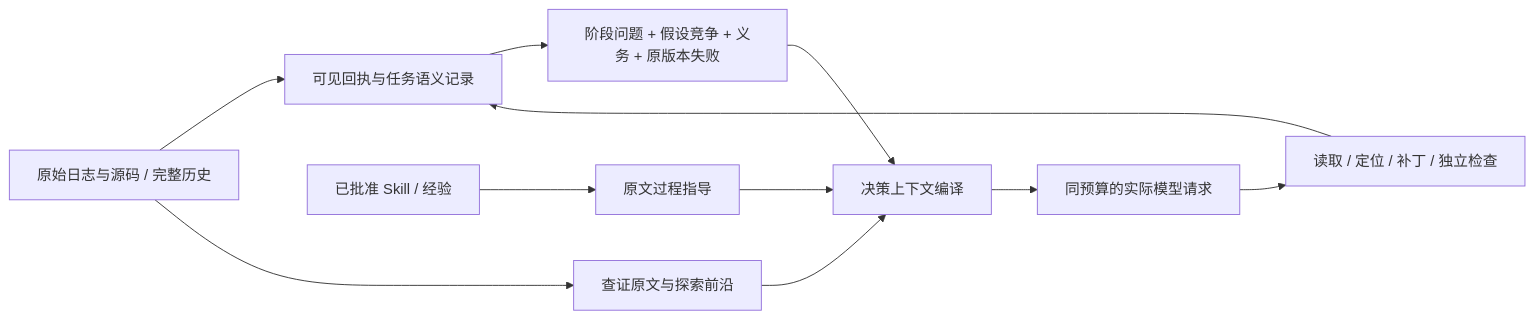
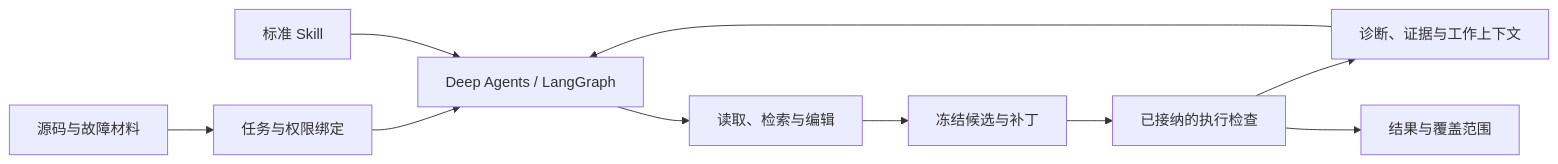
The diagram in docs/development/system-design-draft.md (kxahcc/EviMend), drawn with Mermaid before and after one commit. The commit also changed other lines of this file and 156 other files, not shown here.

````diff
--- a/docs/development/system-design-draft.md
+++ b/docs/development/system-design-draft.md
@@ -433,13 +13,12 @@
 ```mermaid
 flowchart LR
-    A[原始日志与源码 / 完整历史] --> B[可见回执与任务语义记录]
-    K[已批准 Skill / 经验] --> D[原文过程指导]
-    B --> C[阶段问题 + 假设竞争 + 义务 + 原版本失败]
-    C --> E[决策上下文编译]
-    A --> F[查证原文与探索前沿]
-    F --> E
-    D --> E
-    E --> G[同预算的实际模型请求]
-    G --> H[读取 / 定位 / 补丁 / 独立检查]
-    H --> B
+    I[源码与故障材料] --> T[任务与权限绑定]
+    T --> A[Deep Agents / LangGraph]
+    C[诊断、证据与工作上下文] --> A
+    S[标准 Skill] --> A
+    A --> R[读取、检索与编辑]
+    R --> P[冻结候选与补丁]
+    P --> V[已接纳的执行检查]
+    V --> C
+    V --> O[结果与覆盖范围]
 ```
````
